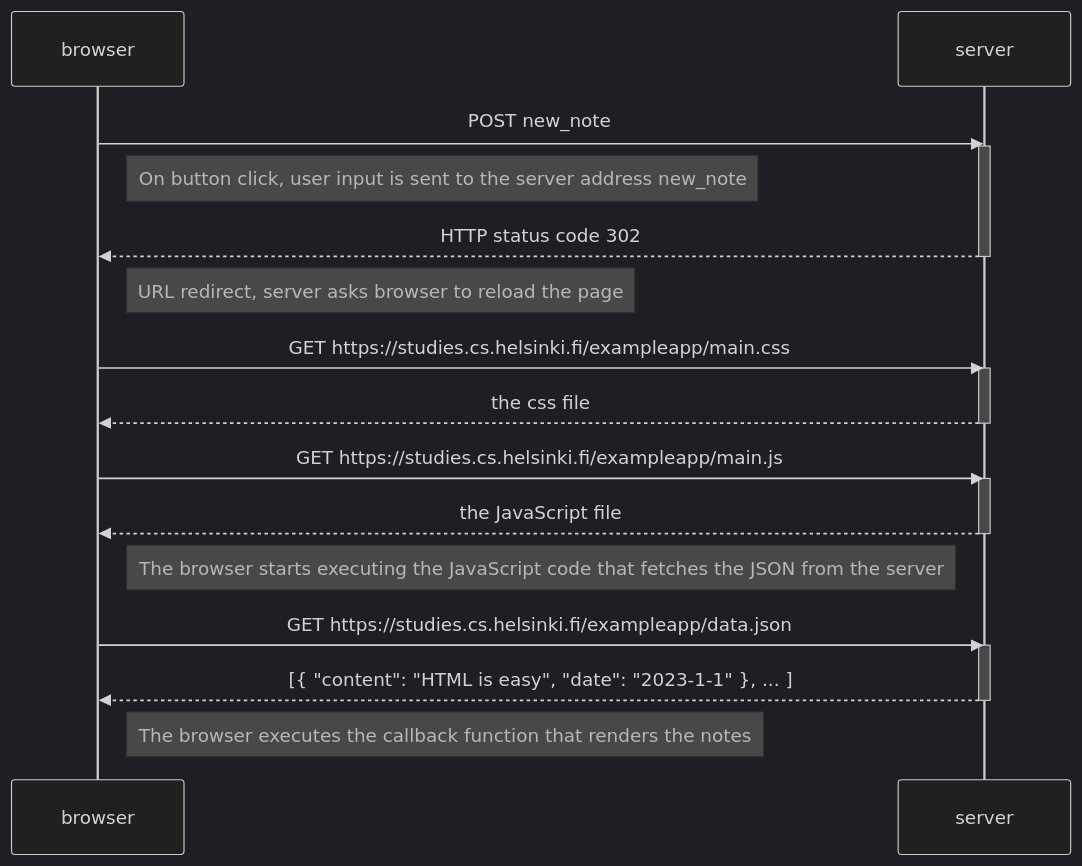
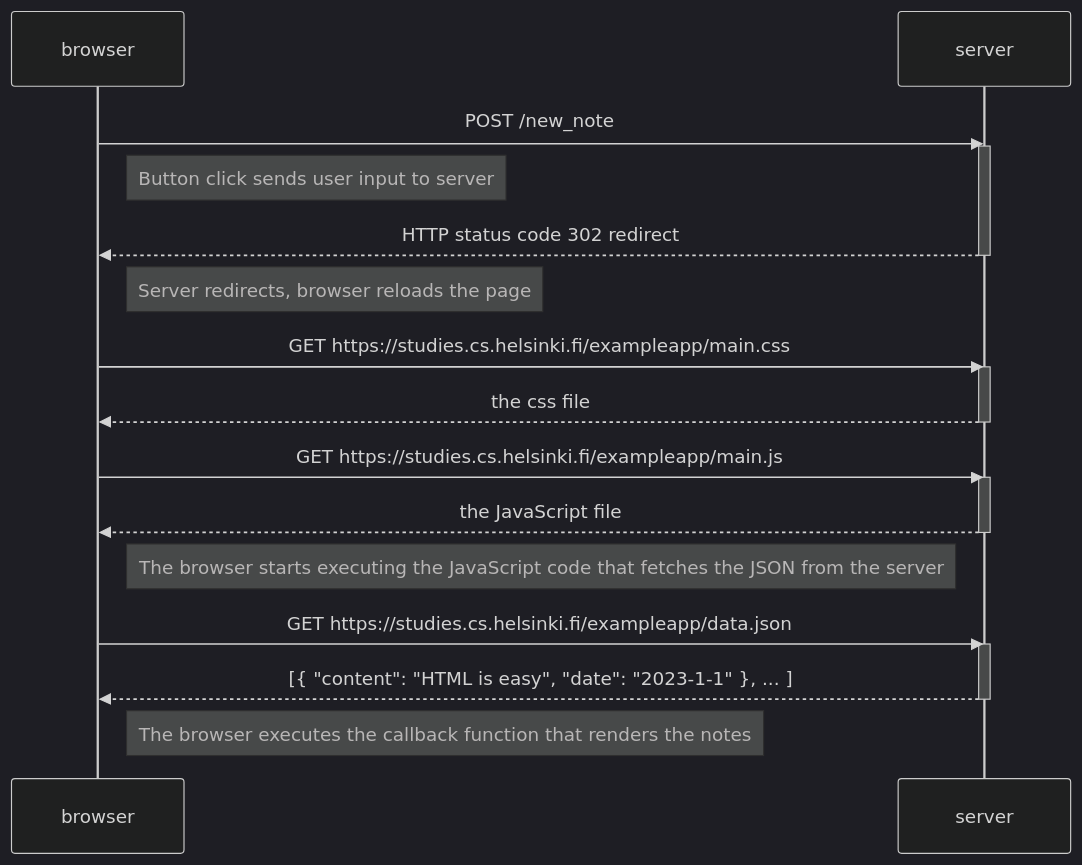
One commit to daniellandsman1/full-stack-open changed the diagram in part0/exercise-0.4.md. Above: the diagram before and after it, drawn with Mermaid (dark theme).

````diff
--- a/part0/exercise-0.4.md
+++ b/part0/exercise-0.4.md
@@ -1,34 +1,34 @@
 ```mermaid
 sequenceDiagram
     participant browser
     participant server
 
-    browser->>server: POST new_note
+    browser->>server: POST /new_note
     activate server
 
-    Note right of browser: On button click, user input is sent to the server address new_note
+    Note right of browser: Button click sends user input to server
 
-    server-->>browser: HTTP status code 302
+    server-->>browser: HTTP status code 302 redirect
     deactivate server
 
-    Note right of browser: URL redirect, server asks browser to reload the page
+    Note right of browser: Server redirects, browser reloads the page
 
     browser->>server: GET https://studies.cs.helsinki.fi/exampleapp/main.css
     activate server
     server-->>browser: the css file
     deactivate server
 
     browser->>server: GET https://studies.cs.helsinki.fi/exampleapp/main.js
     activate server
     server-->>browser: the JavaScript file
     deactivate server
 
     Note right of browser: The browser starts executing the JavaScript code that fetches the JSON from the server
 
     browser->>server: GET https://studies.cs.helsinki.fi/exampleapp/data.json
     activate server
     server-->>browser: [{ "content": "HTML is easy", "date": "2023-1-1" }, ... ]
     deactivate server
 
     Note right of browser: The browser executes the callback function that renders the notes
 ```
````
